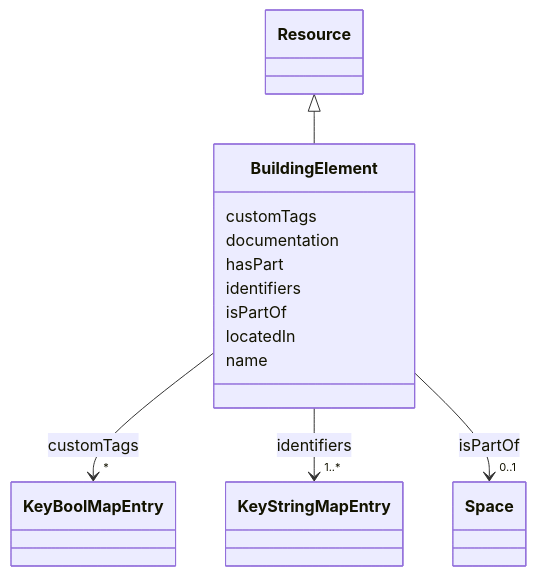
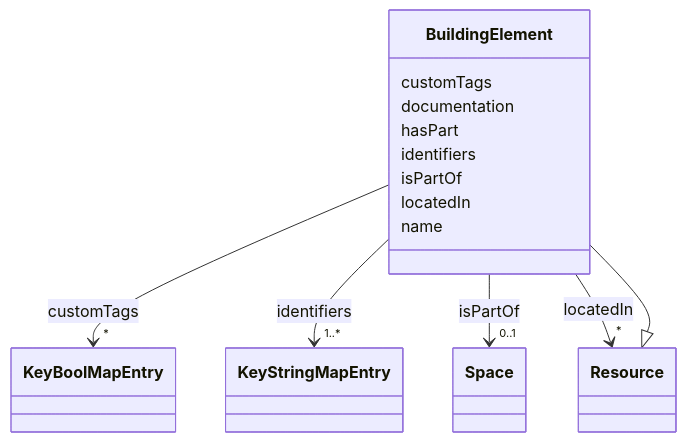
The diagram in docs/BuildingElement.md (takashikasuya/smartbuiding_ontology), drawn with Mermaid before and after one commit. The commit also changed other lines of this file and 53 other files, not shown here.

````diff
--- a/docs/BuildingElement.md
+++ b/docs/BuildingElement.md
@@ -18,50 +18,59 @@
 ```mermaid
  classDiagram
     class BuildingElement
     click BuildingElement href "../BuildingElement/"
       Resource <|-- BuildingElement
         click Resource href "../Resource/"
       
       BuildingElement : customTags
         
           
     
         
         
         BuildingElement --> "*" KeyBoolMapEntry : customTags
         click KeyBoolMapEntry href "../KeyBoolMapEntry/"
     
 
         
       BuildingElement : documentation
         
       BuildingElement : hasPart
         
       BuildingElement : identifiers
         
           
     
         
         
         BuildingElement --> "1..*" KeyStringMapEntry : identifiers
         click KeyStringMapEntry href "../KeyStringMapEntry/"
     
 
         
       BuildingElement : isPartOf
         
           
     
         
         
         BuildingElement --> "0..1" Space : isPartOf
         click Space href "../Space/"
     
 
         
       BuildingElement : locatedIn
         
+          
+    
+        
+        
+        BuildingElement --> "*" Resource : locatedIn
+        click Resource href "../Resource/"
+    
+
+        
       BuildingElement : name
         
       
 ```
````
